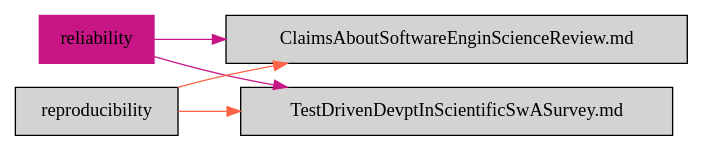
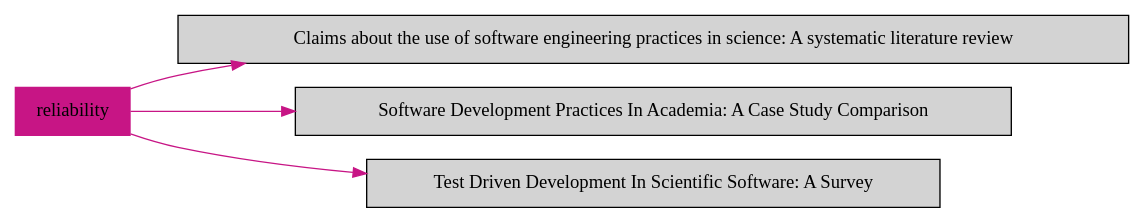
One commit to duongdo27/Dealii changed the diagram in markdown/topic_reliability.dot. Above: the diagram before and after it, drawn with Graphviz. The commit also changed 15 other files, not shown here.

```diff
--- a/markdown/topic_reliability.dot
+++ b/markdown/topic_reliability.dot
@@ -1,11 +1,13 @@
 digraph bettersoftware {
             rankdir = LR;
             ratio = fill;
             node [style=filled];
             node [shape = box];
 "reliability" [colorscheme="svg" color="mediumvioletred"];
 "reliability" ->  "ClaimsAboutSoftwareEnginScienceReview.md" [colorscheme="svg" color="mediumvioletred"];
-"reproducibility" ->  "ClaimsAboutSoftwareEnginScienceReview.md" [colorscheme="svg" color="tomato"];
+"ClaimsAboutSoftwareEnginScienceReview.md" [label="Claims about the use of software engineering practices in science: A systematic literature review", URL="http://bss.parallactic.com/resources/claims-about-the-use-of-software-engineering-practices-in-science-a-systematic-literature-review"];
+"reliability" ->  "SoftwareDevelopmentPracticesInAcademiaACaseStudyComparison.md" [colorscheme="svg" color="mediumvioletred"];
+"SoftwareDevelopmentPracticesInAcademiaACaseStudyComparison.md" [label="Software Development Practices In Academia: A Case Study Comparison", URL="http://bss.parallactic.com/resources/software-development-practices-in-academia-a-case-study-comparison"];
 "reliability" ->  "TestDrivenDevptInScientificSwASurvey.md" [colorscheme="svg" color="mediumvioletred"];
-"reproducibility" ->  "TestDrivenDevptInScientificSwASurvey.md" [colorscheme="svg" color="tomato"];
+"TestDrivenDevptInScientificSwASurvey.md" [label="Test Driven Development In Scientific Software: A Survey" URL="http://bss.parallactic.com/resources/test-driven-development-in-scientific-software-a-survey"];
 }
```
